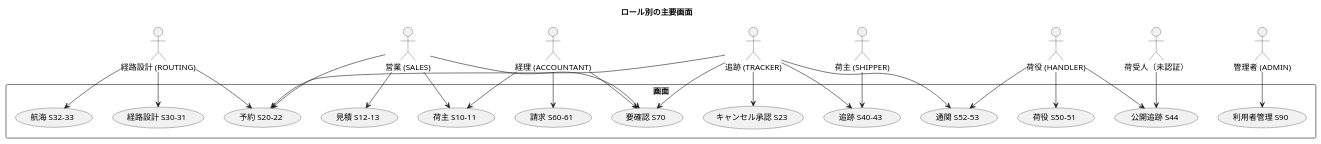
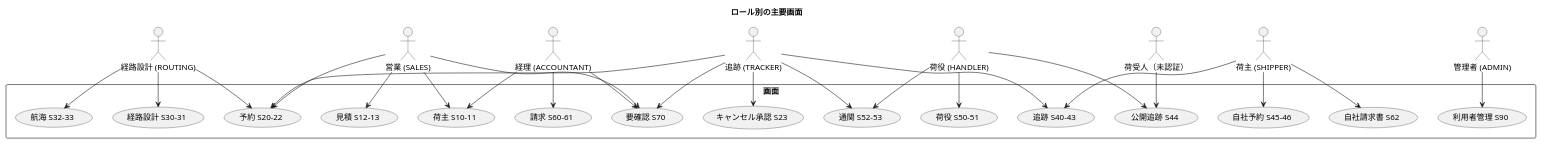
One commit to k2works/case-study-cargo-tracker changed the first of 20 diagrams in docs/design/cargo-tracker/ui_design.md. Above: the diagram before and after it, drawn with PlantUML. The commit also changed other lines of this file and 18 other files, not shown here.

````diff
--- a/docs/design/cargo-tracker/ui_design.md
+++ b/docs/design/cargo-tracker/ui_design.md
@@ -121,52 +158,56 @@
 ```plantuml
 @startuml
 title ロール別の主要画面
 
 actor "営業 (SALES)" as sales
 actor "経路設計 (ROUTING)" as routing
 actor "追跡 (TRACKER)" as tracker
 actor "荷役 (HANDLER)" as handler
 actor "経理 (ACCOUNTANT)" as acc
 actor "荷主 (SHIPPER)" as shipper
 actor "荷受人（未認証）" as consignee
 actor "管理者 (ADMIN)" as admin
 
 rectangle 画面 {
   usecase "荷主 S10-11" as s
   usecase "見積 S12-13" as q
   usecase "予約 S20-22" as b
   usecase "キャンセル承認 S23" as c
   usecase "経路設計 S30-31" as r
   usecase "航海 S32-33" as v
   usecase "追跡 S40-43" as t
   usecase "荷役 S50-51" as h
   usecase "通関 S52-53" as cu
   usecase "請求 S60-61" as i
   usecase "公開追跡 S44" as pub
+  usecase "自社予約 S45-46" as sb
+  usecase "自社請求書 S62" as si
   usecase "要確認 S70" as w
   usecase "利用者管理 S90" as u
 }
 
 sales --> s
 sales --> q
 sales --> b
 sales --> w
 routing --> r
 routing --> v
 routing --> b
 tracker --> t
 tracker --> c
 tracker --> cu
 tracker --> b
 tracker --> w
 handler --> h
 handler --> cu
 handler --> pub
 acc --> i
 acc --> s
 acc --> w
+shipper --> sb
+shipper --> si
 shipper --> t
 consignee --> pub
 admin --> u
 @enduml
 ```
````
